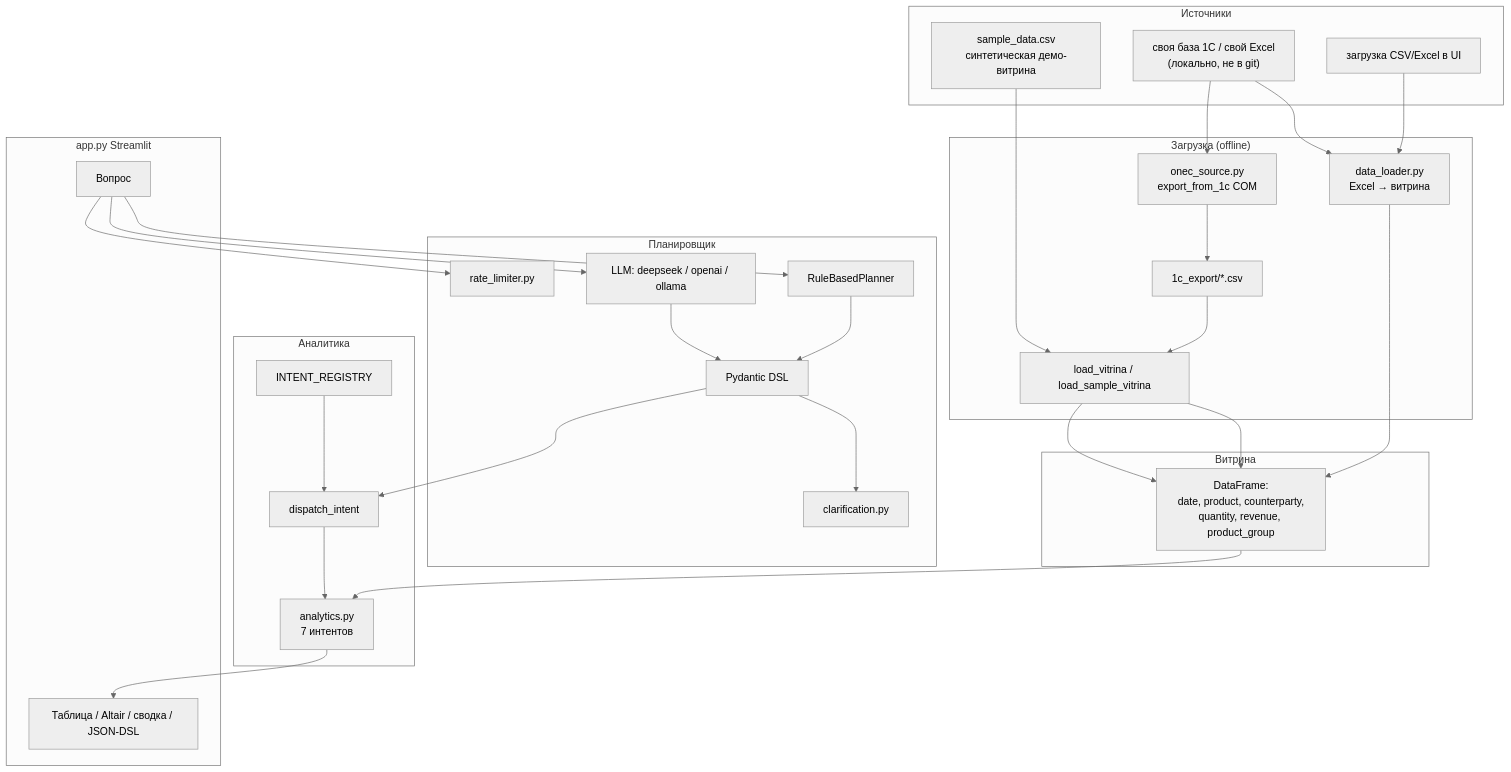
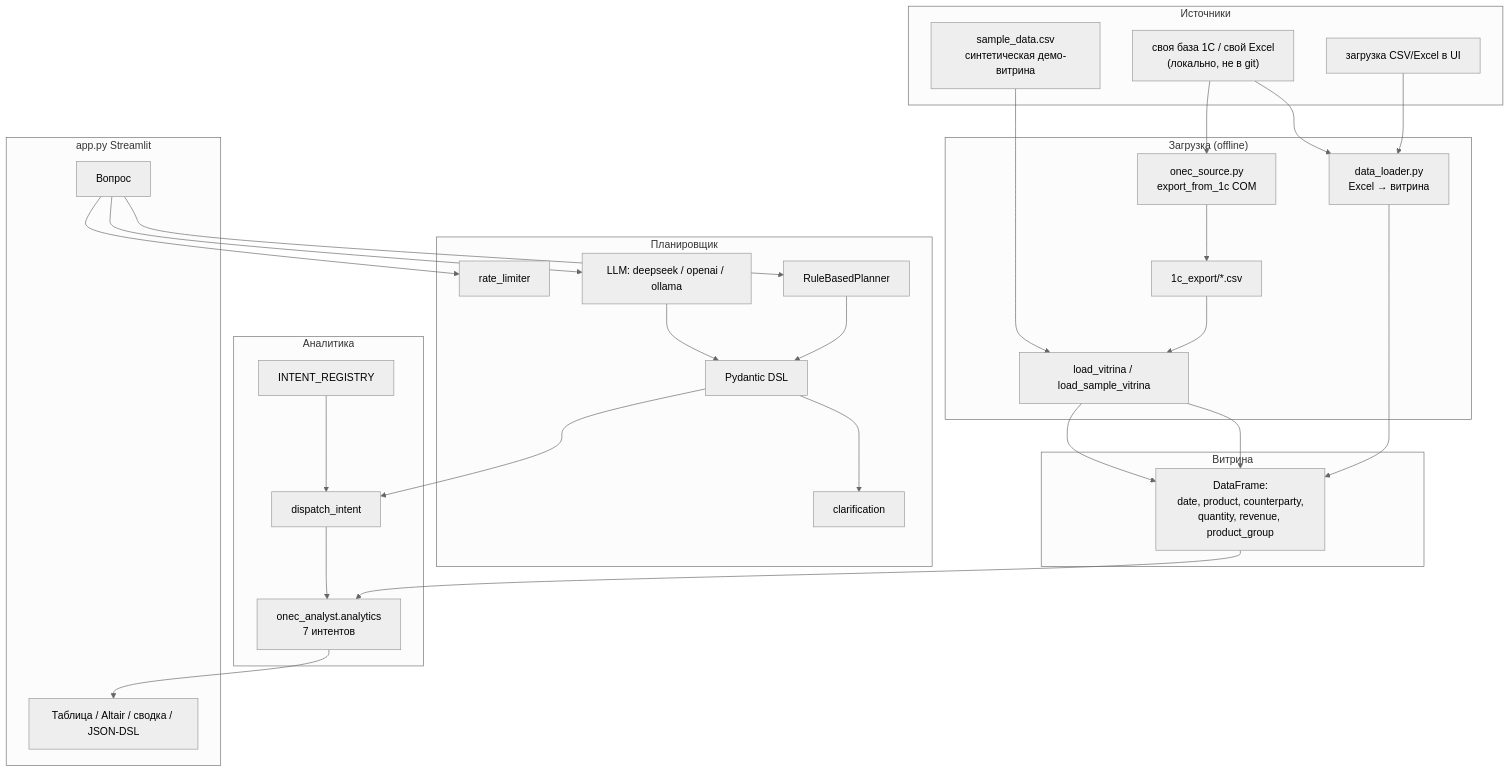
The diagram in docs/ARCHITECTURE.md (Smaturus/1c-ai-analyst), drawn with Mermaid (neutral theme) before and after one commit. The commit also changed other lines of this file and 25 other files, not shown here.

First line of the commit message:
refactor: move domain modules into src/onec_analyst package

````diff
--- a/docs/ARCHITECTURE.md
+++ b/docs/ARCHITECTURE.md
@@ -24,51 +24,51 @@
 ```mermaid
 flowchart TB
     subgraph Sources["Источники"]
         SAMPLE["sample_data.csv<br/>синтетическая демо-витрина"]
         OWN["своя база 1С / свой Excel<br/>(локально, не в git)"]
         UP["загрузка CSV/Excel в UI"]
     end
 
     subgraph ETL["Загрузка (offline)"]
         DL["data_loader.py<br/>Excel → витрина"]
         EXP["onec_source.py<br/>export_from_1c COM"]
         CSV["1c_export/*.csv"]
         LOAD["load_vitrina / load_sample_vitrina"]
     end
 
     subgraph Store["Витрина"]
         V["DataFrame:<br/>date, product, counterparty,<br/>quantity, revenue, product_group"]
     end
 
     subgraph Serving["Аналитика"]
-        A["analytics.py<br/>7 интентов"]
+        A["onec_analyst.analytics<br/>7 интентов"]
         D["dispatch_intent"]
         REG["INTENT_REGISTRY"]
     end
 
     subgraph LLMLayer["Планировщик"]
         CLIENT["LLM: deepseek / openai / ollama"]
         RULES["RuleBasedPlanner"]
         PYD["Pydantic DSL"]
-        CLAR["clarification.py"]
-        RL["rate_limiter.py"]
+        CLAR["clarification"]
+        RL["rate_limiter"]
     end
 
     subgraph UI["app.py Streamlit"]
         ASK["Вопрос"]
         OUT["Таблица / Altair / сводка / JSON-DSL"]
     end
 
     OWN --> EXP --> CSV --> LOAD --> V
     OWN --> DL --> V
     SAMPLE --> LOAD
     UP --> DL
     LOAD --> V
     V --> A
     REG --> D --> A
     ASK --> RL
     ASK --> CLIENT --> PYD --> D
     ASK --> RULES --> PYD
     PYD --> CLAR
     A --> OUT
 ```
````
